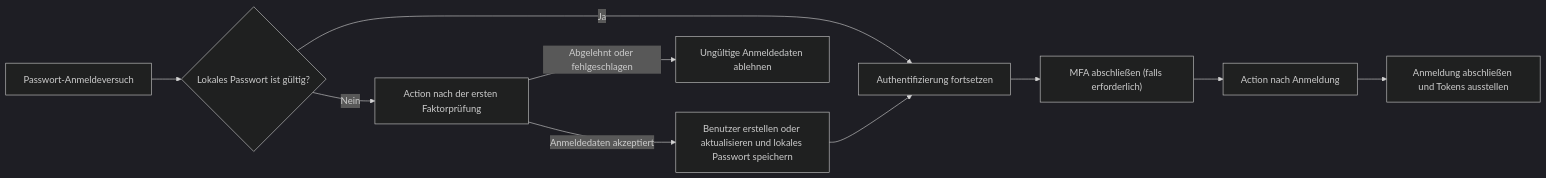
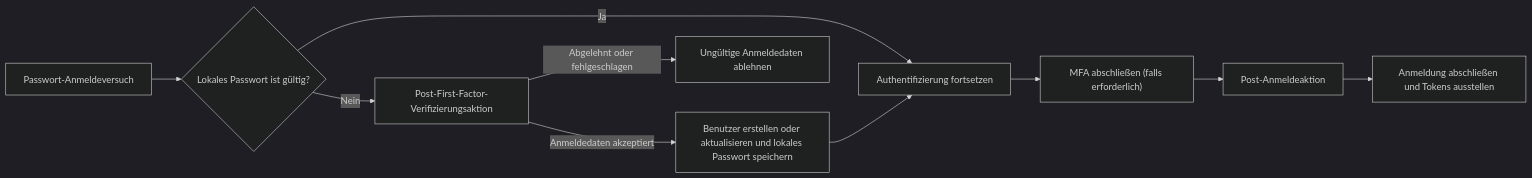
The diagram in i18n/de/docusaurus-plugin-content-docs/current/developers/actions/README.mdx (logto-io/docs), drawn with Mermaid (dark theme) before and after one commit. The commit also changed other lines of this file and 17 other files, not shown here.

````diff
--- a/i18n/de/docusaurus-plugin-content-docs/current/developers/actions/README.mdx
+++ b/i18n/de/docusaurus-plugin-content-docs/current/developers/actions/README.mdx
@@ -29,12 +29,12 @@
 ```mermaid
 flowchart LR
   A["Passwort-Anmeldeversuch"] --> B{"Lokales Passwort ist gültig?"}
   B -->|"Ja"| E["Authentifizierung fortsetzen"]
-  B -->|"Nein"| C["Action nach der ersten Faktorprüfung"]
+  B -->|"Nein"| C["Post-First-Factor-Verifizierungsaktion"]
   C -->|"Anmeldedaten akzeptiert"| D["Benutzer erstellen oder aktualisieren und lokales Passwort speichern"]
   C -->|"Abgelehnt oder fehlgeschlagen"| X["Ungültige Anmeldedaten ablehnen"]
   D --> E
   E --> F["MFA abschließen (falls erforderlich)"]
-  F --> G["Action nach Anmeldung"]
+  F --> G["Post-Anmeldeaktion"]
   G --> H["Anmeldung abschließen und Tokens ausstellen"]
 ```
````
